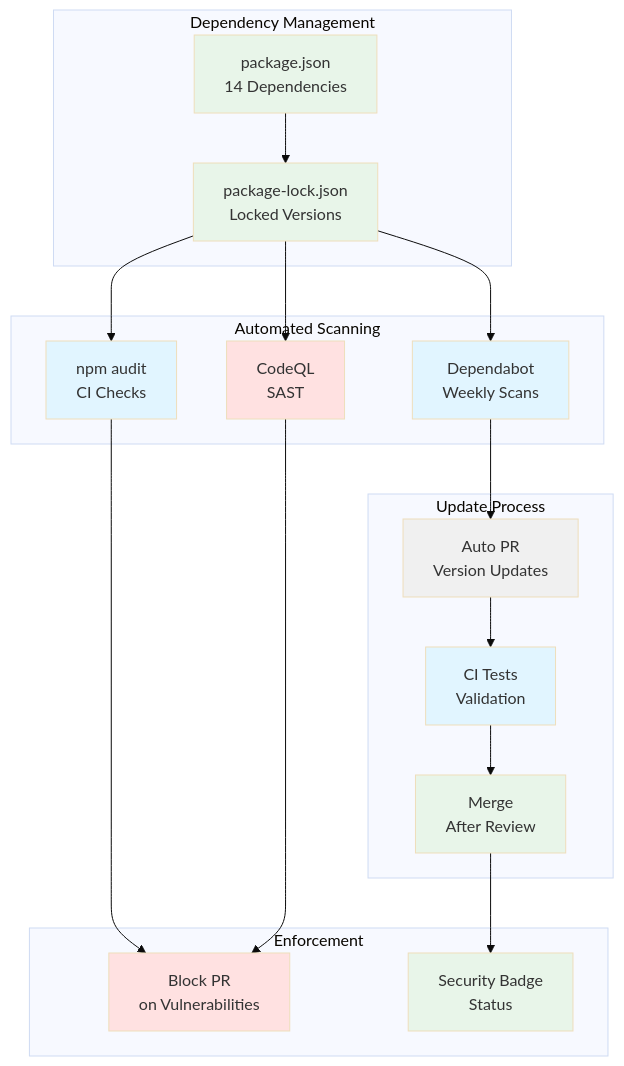
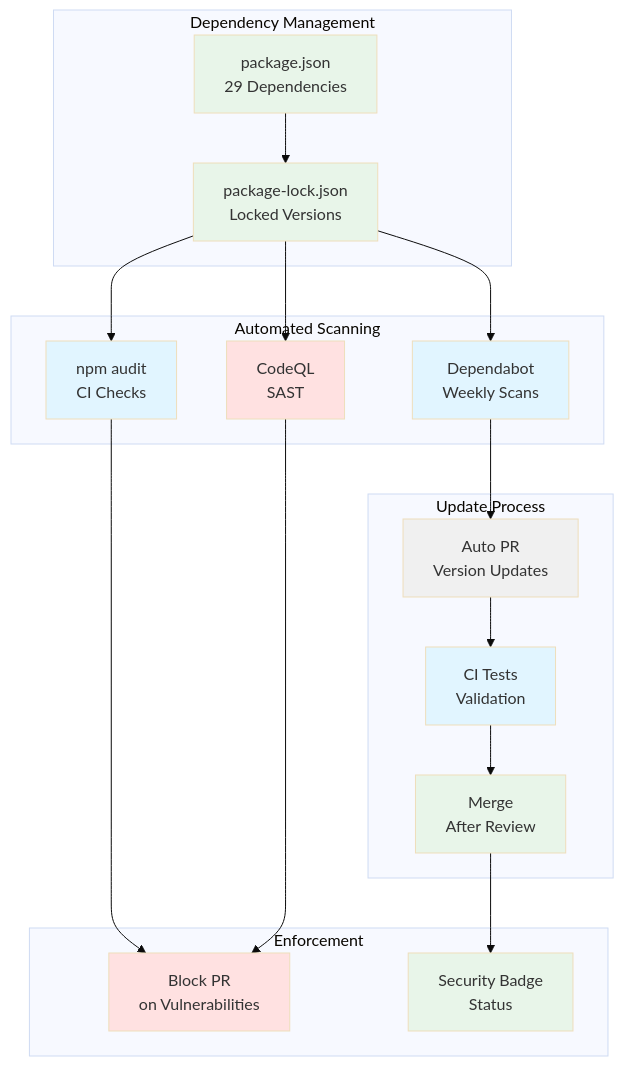
One commit to Hack23/euparliamentmonitor changed the ninth of 18 diagrams in SECURITY_ARCHITECTURE.md. Above: the diagram before and after it, drawn with Mermaid (base theme). The commit also changed other lines of this file, not shown here.

First line of the commit message:
fix: correct SECURITY_ARCHITECTURE.md to match actual system implementation

````diff
--- a/SECURITY_ARCHITECTURE.md
+++ b/SECURITY_ARCHITECTURE.md
@@ -829,49 +837,49 @@
 ```mermaid
 graph TB
     subgraph "Dependency Management"
-        PKG[package.json<br/>14 Dependencies]
+        PKG[package.json<br/>29 Dependencies]
         LOCK[package-lock.json<br/>Locked Versions]
     end
 
     subgraph "Automated Scanning"
         DEP[Dependabot<br/>Weekly Scans]
         AUDIT[npm audit<br/>CI Checks]
         CODEQL[CodeQL<br/>SAST]
     end
 
     subgraph "Update Process"
         PR[Auto PR<br/>Version Updates]
         TEST[CI Tests<br/>Validation]
         MERGE[Merge<br/>After Review]
     end
 
     subgraph "Enforcement"
         FAIL[Block PR<br/>on Vulnerabilities]
         BADGE[Security Badge<br/>Status]
     end
 
     PKG --> LOCK
     LOCK --> DEP
     LOCK --> AUDIT
     LOCK --> CODEQL
 
     DEP --> PR
     AUDIT --> FAIL
 
     PR --> TEST
     TEST --> MERGE
     CODEQL --> FAIL
 
     MERGE --> BADGE
 
     style PKG fill:#e8f5e9
     style LOCK fill:#e8f5e9
     style DEP fill:#e1f5ff
     style AUDIT fill:#e1f5ff
     style CODEQL fill:#ffe1e1
     style PR fill:#f0f0f0
     style TEST fill:#e1f5ff
     style MERGE fill:#e8f5e9
     style FAIL fill:#ffe1e1
     style BADGE fill:#e8f5e9
 ```
````
